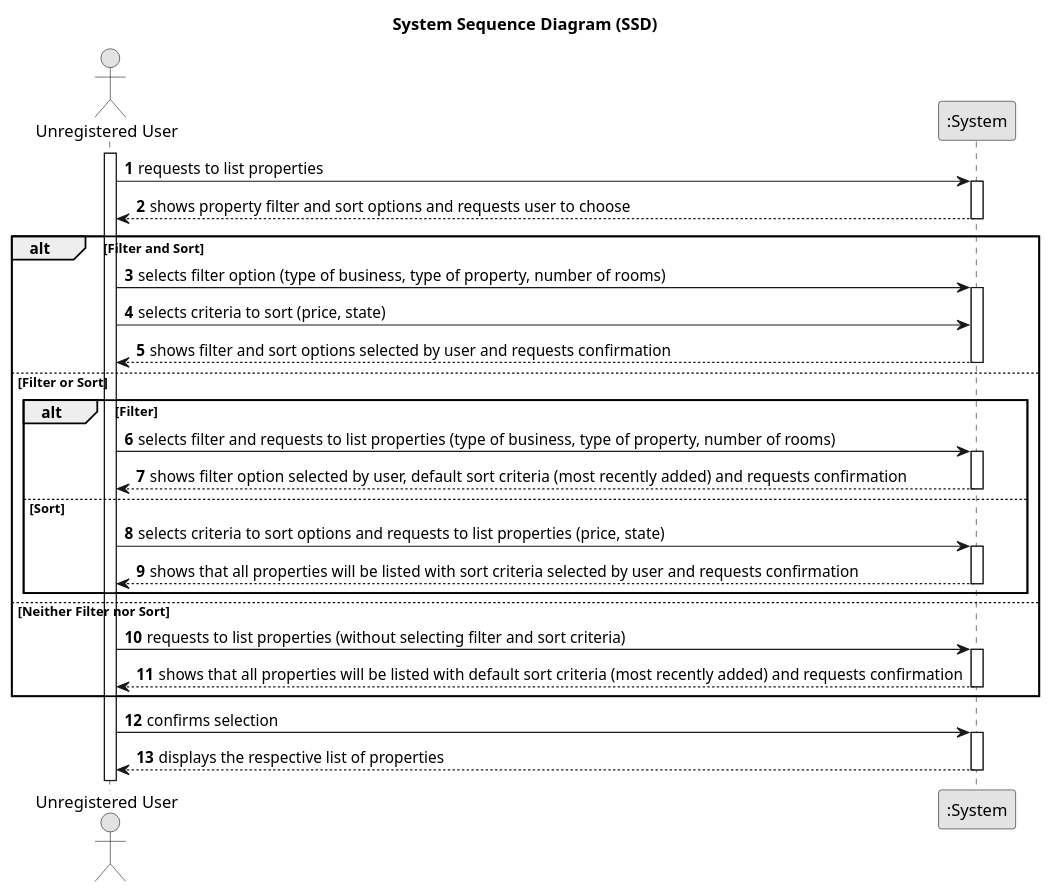
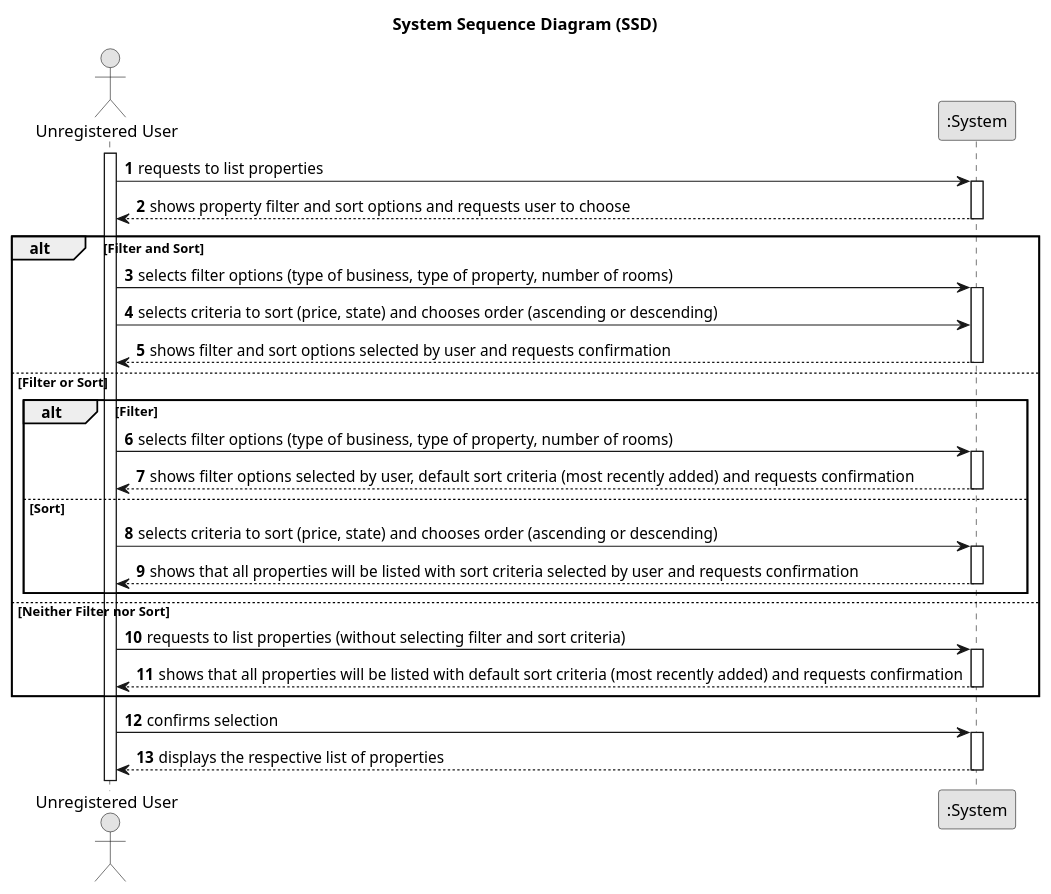
Before and after one commit to Goncalves2525/real-estate-management-system: the diagram in docs/sprintB/us001/01.requirements-engineering/puml/us001-system-sequence-diagram.puml, drawn with PlantUML. The commit also changed 10 other files, not shown here.

```diff
--- a/docs/sprintB/us001/01.requirements-engineering/puml/us001-system-sequence-diagram.puml
+++ b/docs/sprintB/us001/01.requirements-engineering/puml/us001-system-sequence-diagram.puml
@@ -1,65 +1,65 @@
 @startuml
 skinparam monochrome true
 skinparam packageStyle rectangle
 skinparam shadowing false
 
 title System Sequence Diagram (SSD)
 
 autonumber
 
 actor "Unregistered User" as User
 participant ":System" as System
 
 activate User
 
     User -> System : requests to list properties
     activate System
 
     System --> User : shows property filter and sort options and requests user to choose
     deactivate System
 
     alt Filter and Sort
-        User -> System : selects filter option (type of business, type of property, number of rooms)
+        User -> System : selects filter options (type of business, type of property, number of rooms)
         activate System
 
-        User -> System : selects criteria to sort (price, state)
+        User -> System : selects criteria to sort (price, state) and chooses order (ascending or descending)
         System --> User : shows filter and sort options selected by user and requests confirmation
         deactivate System
 
     else Filter or Sort
 
         alt Filter
-            User -> System : selects filter and requests to list properties (type of business, type of property, number of rooms)
+            User -> System : selects filter options (type of business, type of property, number of rooms)
             activate System
 
-            System --> User : shows filter option selected by user, default sort criteria (most recently added) and requests confirmation
+            System --> User : shows filter options selected by user, default sort criteria (most recently added) and requests confirmation
             deactivate System
 
         else Sort
-            User -> System : selects criteria to sort options and requests to list properties (price, state)
+            User -> System : selects criteria to sort (price, state) and chooses order (ascending or descending)
             activate System
 
             System --> User : shows that all properties will be listed with sort criteria selected by user and requests confirmation
             deactivate System
         end
 
 
     else Neither Filter nor Sort
         User -> System : requests to list properties (without selecting filter and sort criteria)
         activate System
 
         System --> User : shows that all properties will be listed with default sort criteria (most recently added) and requests confirmation
         deactivate System
 
     end
 
     User -> System : confirms selection
     activate System
 
     System --> User : displays the respective list of properties
     deactivate System
 
 
 
 
 @enduml
```
